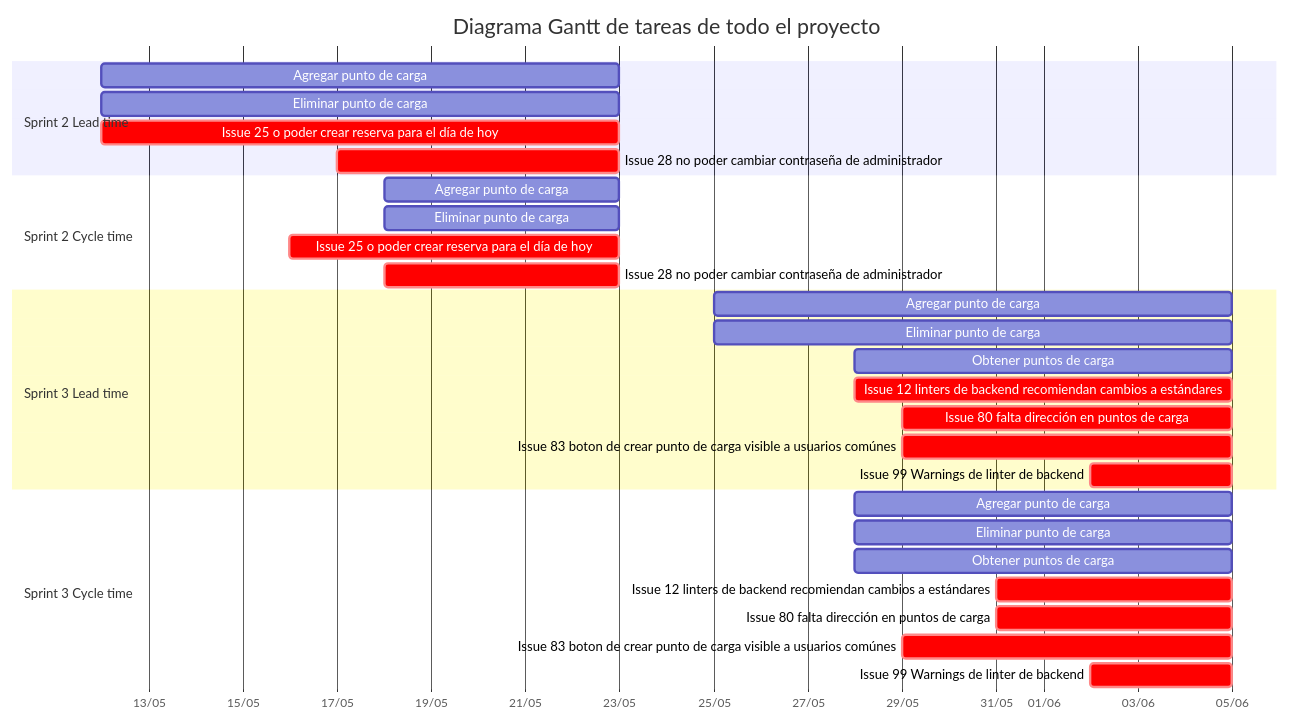
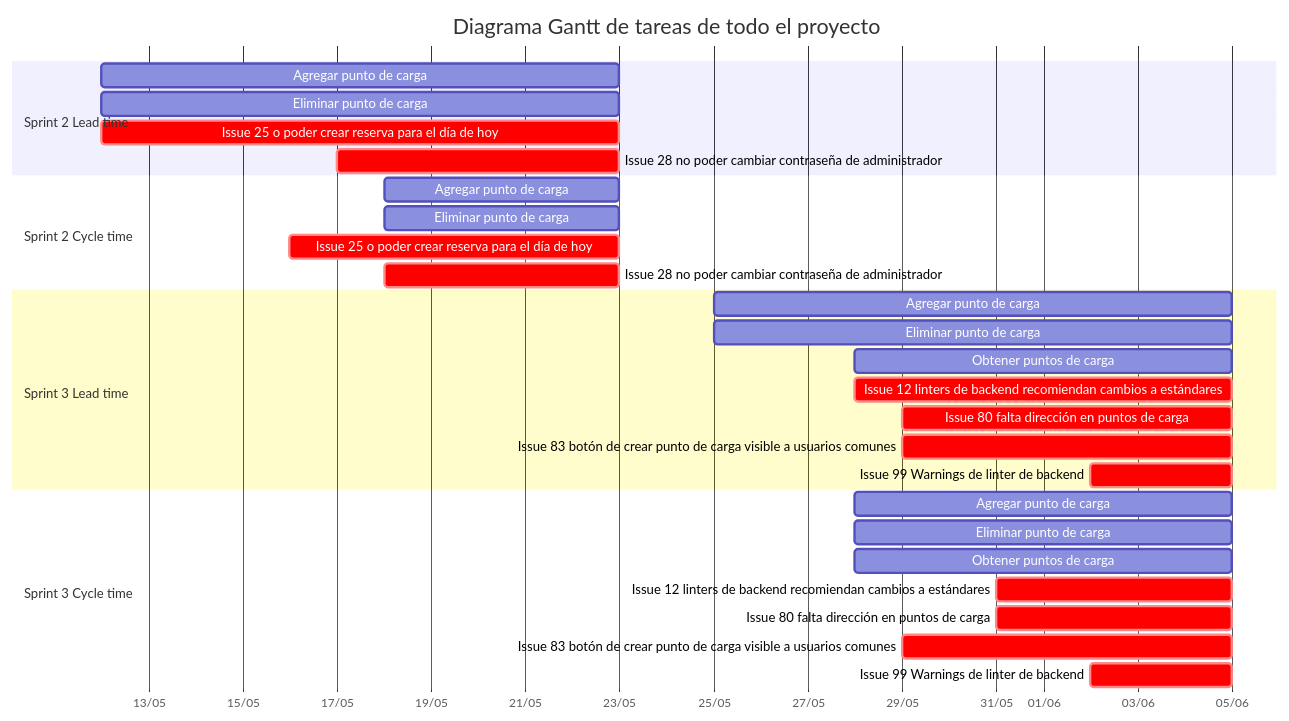
One commit to agustinferrari/Agile-Software-Engineering-2 changed the first of 4 diagrams in Documentation/MetricsAnalysis.md. Above: the diagram before and after it, drawn with Mermaid. The commit also changed other lines of this file and 9 other files, not shown here.

````diff
--- a/Documentation/MetricsAnalysis.md
+++ b/Documentation/MetricsAnalysis.md
@@ -138,38 +138,38 @@
 ```mermaid
 gantt
-%% Las fechas de fin estan todas aumentadas por un día para que la representacion
+%% Las fechas de fin están todas aumentadas por un día para que la representación
     dateFormat  DD/MM/YYYY
     axisFormat %d/%m
     title       Diagrama Gantt de tareas de todo el proyecto
-
+ 
     section Sprint 2 Lead time
     Agregar punto de carga            :a,    12/05/2022, 23/05/2022
     Eliminar punto de carga            :a,    12/05/2022, 23/05/2022
     Issue 25 o poder crear reserva para el día de hoy :crit, 12/05/2022, 23/05/2022
     Issue 28 no poder cambiar contraseña de administrador :crit, 17/05/2022, 23/05/2022
-
+ 
     section Sprint 2 Cycle time
     Agregar punto de carga            :a,    18/05/2022, 23/05/2022
     Eliminar punto de carga            :a,    18/05/2022, 23/05/2022
     Issue 25 o poder crear reserva para el día de hoy :crit, 16/05/2022, 23/05/2022
     Issue 28 no poder cambiar contraseña de administrador :crit, 18/05/2022, 23/05/2022
-
-
+ 
+ 
     section Sprint 3 Lead time
-    Agregar punto de carga            :a,    25/05/2022	, 05/06/2022
-    Eliminar punto de carga            :a,    25/05/2022	, 05/06/2022
+    Agregar punto de carga            :a,    25/05/2022   , 05/06/2022
+    Eliminar punto de carga            :a,    25/05/2022   , 05/06/2022
     Obtener puntos de carga :a, 28/05/2022, 05/06/2022
     Issue 12 linters de backend recomiendan cambios a estándares :crit, 28/05/2022, 05/06/2022
     Issue 80 falta dirección en puntos de carga :crit, 29/05/2022, 05/06/2022
-    Issue 83 boton de crear punto de carga visible a usuarios comúnes :crit, 29/05/2022, 05/06/2022
+    Issue 83 botón de crear punto de carga visible a usuarios comunes :crit, 29/05/2022, 05/06/2022
     Issue 99 Warnings de linter de backend :crit, 02/06/2022, 05/06/2022
-
+ 
     section Sprint 3 Cycle time
-    Agregar punto de carga            :a,    28/05/2022	, 05/06/2022
-    Eliminar punto de carga            :a,    28/05/2022	, 05/06/2022
+    Agregar punto de carga            :a,    28/05/2022   , 05/06/2022
+    Eliminar punto de carga            :a,    28/05/2022   , 05/06/2022
     Obtener puntos de carga :a, 28/05/2022, 05/06/2022
     Issue 12 linters de backend recomiendan cambios a estándares :crit, 31/05/2022, 05/06/2022
     Issue 80 falta dirección en puntos de carga :crit, 31/05/2022, 05/06/2022
-    Issue 83 boton de crear punto de carga visible a usuarios comúnes :crit, 29/05/2022, 05/06/2022
+    Issue 83 botón de crear punto de carga visible a usuarios comunes :crit, 29/05/2022, 05/06/2022
     Issue 99 Warnings de linter de backend :crit, 02/06/2022, 05/06/2022
 ```
````
